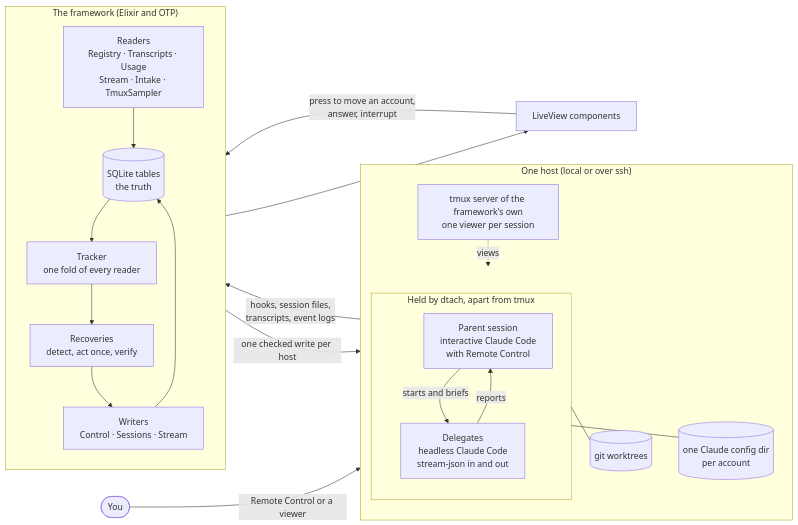
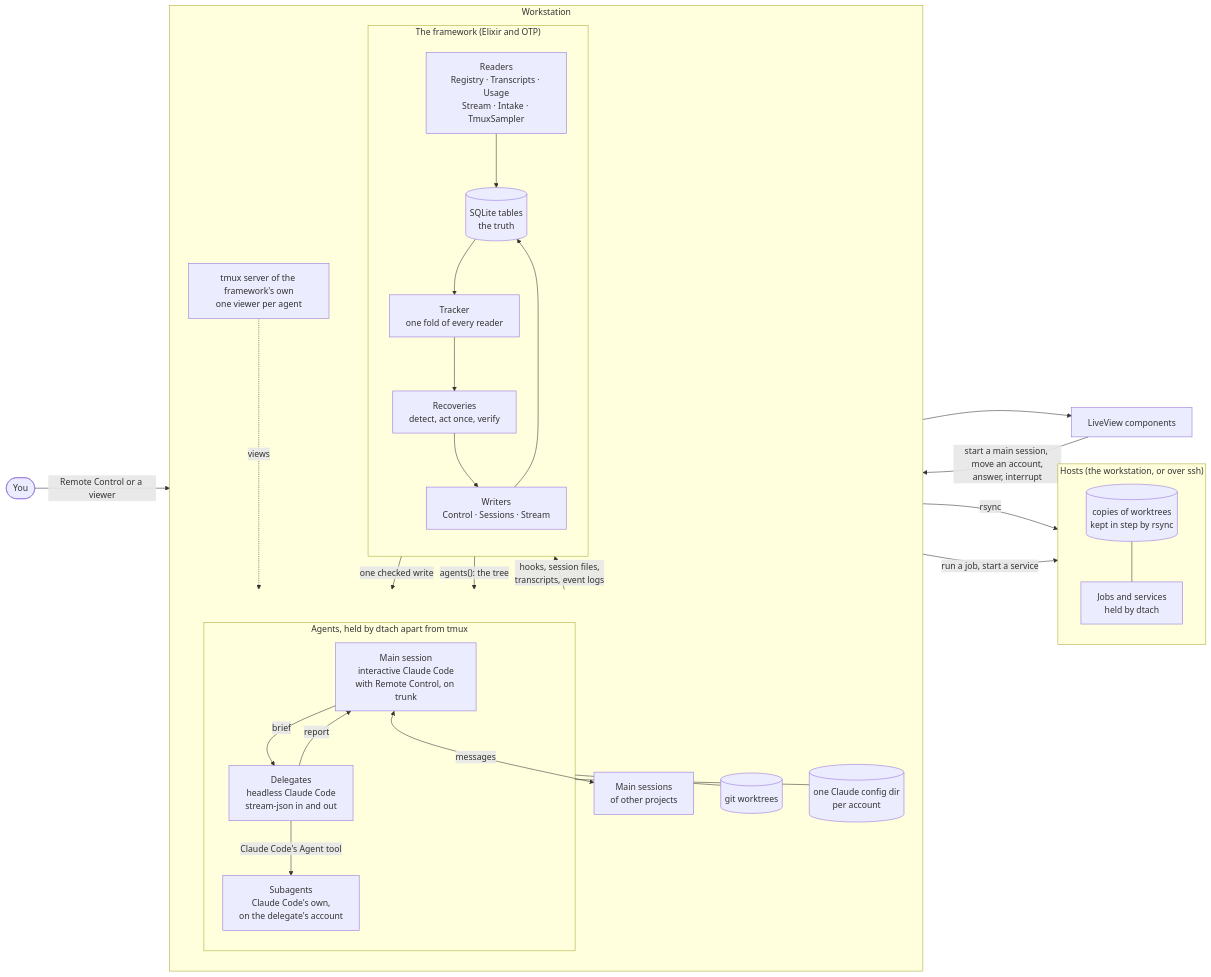
One commit to SushyDev/coding_agent_framework changed the first of 2 diagrams in README.md. Above: the diagram before and after it, drawn with Mermaid. The commit also changed other lines of this file and 3 other files, not shown here.

First line of the commit message:
F-68: agents on the workstation, jobs and services on hosts, a tree that talks along its edges

````diff
--- a/README.md
+++ b/README.md
@@ -17,42 +27,56 @@
 ```mermaid
 flowchart LR
   person([You])
 
-  subgraph host["One host (local or over ssh)"]
+  subgraph ws["Workstation"]
     direction TB
-    subgraph held["Held by dtach, apart from tmux"]
-      parent["Parent session<br/>interactive Claude Code<br/>with Remote Control"]
+    subgraph tree["Agents, held by dtach apart from tmux"]
+      main["Main session<br/>interactive Claude Code<br/>with Remote Control, on trunk"]
       delegate["Delegates<br/>headless Claude Code<br/>stream-json in and out"]
+      sub["Subagents<br/>Claude Code's own,<br/>on the delegate's account"]
     end
-    tmux["tmux server of the framework's own<br/>one viewer per session"]
+    otherMain["Main sessions<br/>of other projects"]
+    tmux["tmux server of the framework's own<br/>one viewer per agent"]
     worktrees[("git worktrees")]
     configs[("one Claude config dir<br/>per account")]
+
+    subgraph framework["The framework (Elixir and OTP)"]
+      direction TB
+      readers["Readers<br/>Registry · Transcripts · Usage<br/>Stream · Intake · TmuxSampler"]
+      writers["Writers<br/>Control · Sessions · Stream"]
+      tracker["Tracker<br/>one fold of every reader"]
+      recoveries["Recoveries<br/>detect, act once, verify"]
+      db[("SQLite tables<br/>the truth")]
+    end
   end
 
-  subgraph framework["The framework (Elixir and OTP)"]
+  subgraph hosts["Hosts (the workstation, or over ssh)"]
     direction TB
-    readers["Readers<br/>Registry · Transcripts · Usage<br/>Stream · Intake · TmuxSampler"]
-    writers["Writers<br/>Control · Sessions · Stream"]
-    tracker["Tracker<br/>one fold of every reader"]
-    recoveries["Recoveries<br/>detect, act once, verify"]
-    db[("SQLite tables<br/>the truth")]
+    copies[("copies of worktrees<br/>kept in step by rsync")]
+    work["Jobs and services<br/>held by dtach"]
   end
 
   ui["LiveView components"]
 
-  person -->|Remote Control or a viewer| parent
-  parent -->|starts and briefs| delegate
-  delegate -->|reports| parent
-  tmux -.->|views| held
-  held --- worktrees
-  held --- configs
-  held -->|hooks, session files,<br/>transcripts, event logs| readers
-  writers -->|one checked write per host| held
+  person -->|Remote Control or a viewer| main
+  main <-->|messages| otherMain
+  main -->|brief| delegate
+  delegate -->|report| main
+  delegate -->|Claude Code's Agent tool| sub
+  tree -->|run a job, start a service| work
+  worktrees -->|rsync| copies
+  copies --- work
+  tmux -.->|views| tree
+  tree --- worktrees
+  tree --- configs
+  tree -->|hooks, session files,<br/>transcripts, event logs| readers
+  writers -->|one checked write| tree
   readers --> db
   writers --> db
   db --> tracker
   tracker --> recoveries
   recoveries --> writers
   tracker --> ui
-  ui -->|press to move an account,<br/>answer, interrupt| writers
+  tracker -->|"agents(): the tree"| tree
+  ui -->|start a main session, move an account,<br/>answer, interrupt| writers
 ```
````
